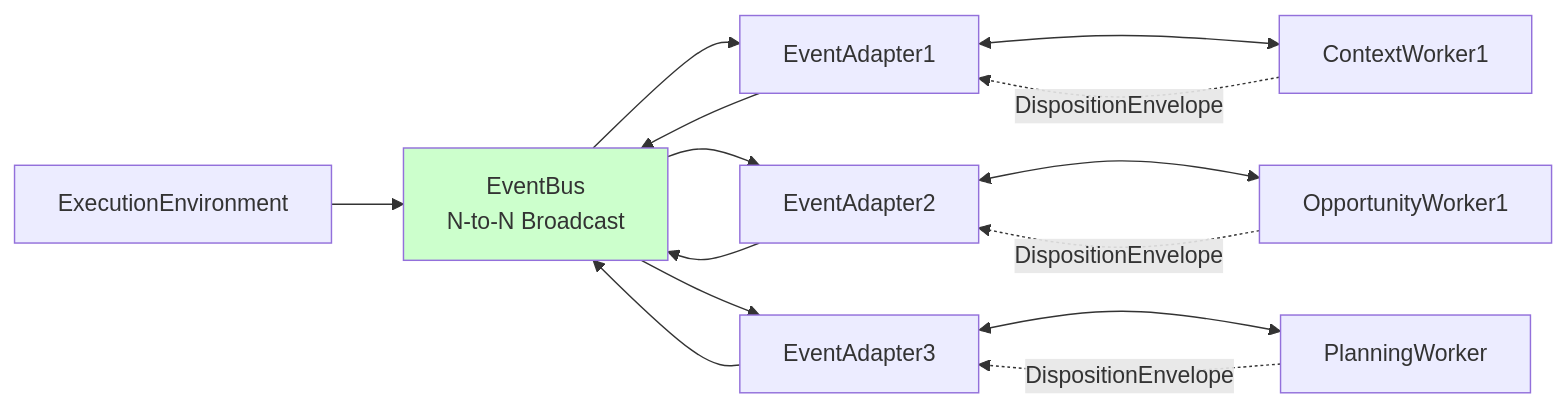
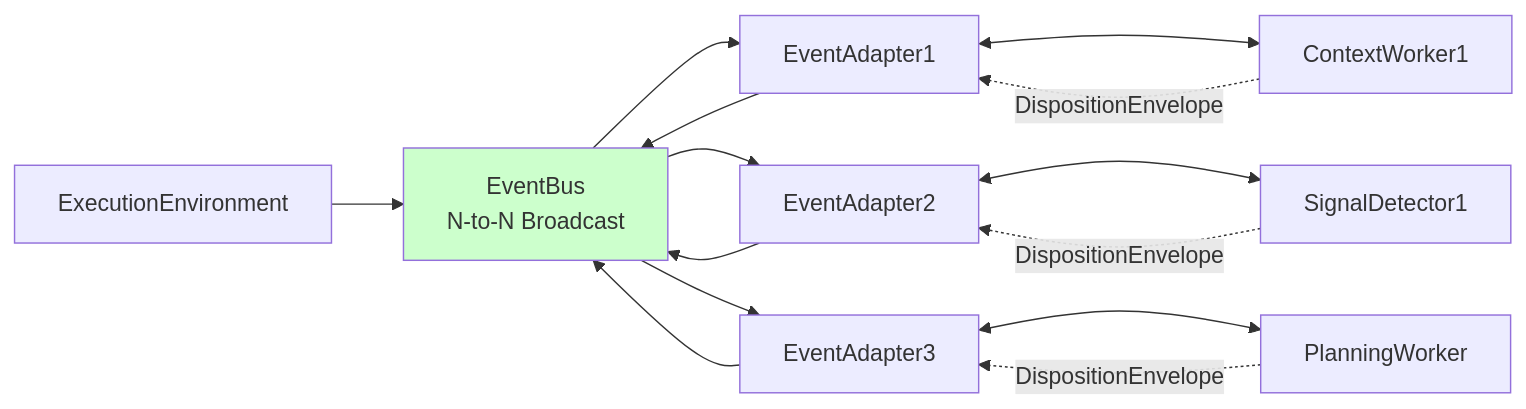
The fourth of 5 diagrams in docs/architecture/LAYERED_ARCHITECTURE.md (MikeyVK/S1mpleTraderV3), drawn with Mermaid before and after one commit. The commit also changed other lines of this file and 5 other files, not shown here.

First line of the commit message:
docs: Complete SWOT terminology cleanup in architecture docs

````diff
--- a/docs/architecture/LAYERED_ARCHITECTURE.md
+++ b/docs/architecture/LAYERED_ARCHITECTURE.md
@@ -294,27 +294,27 @@
 ```mermaid
 graph LR
     Env[ExecutionEnvironment]
     Bus[EventBus<br/>N-to-N Broadcast]
     A1[EventAdapter1]
     A2[EventAdapter2]
     A3[EventAdapter3]
     W1[ContextWorker1]
-    W2[OpportunityWorker1]
+    W2[SignalDetector1]
     W3[PlanningWorker]
     
     Env --> Bus
     Bus --> A1
     Bus --> A2
     Bus --> A3
     A1 <--> W1
     A2 <--> W2
     A3 <--> W3
     W1 -.DispositionEnvelope.-> A1
     W2 -.DispositionEnvelope.-> A2
     W3 -.DispositionEnvelope.-> A3
     A1 --> Bus
     A2 --> Bus
     A3 --> Bus
     
     style Bus fill:#ccffcc
 ```
````
